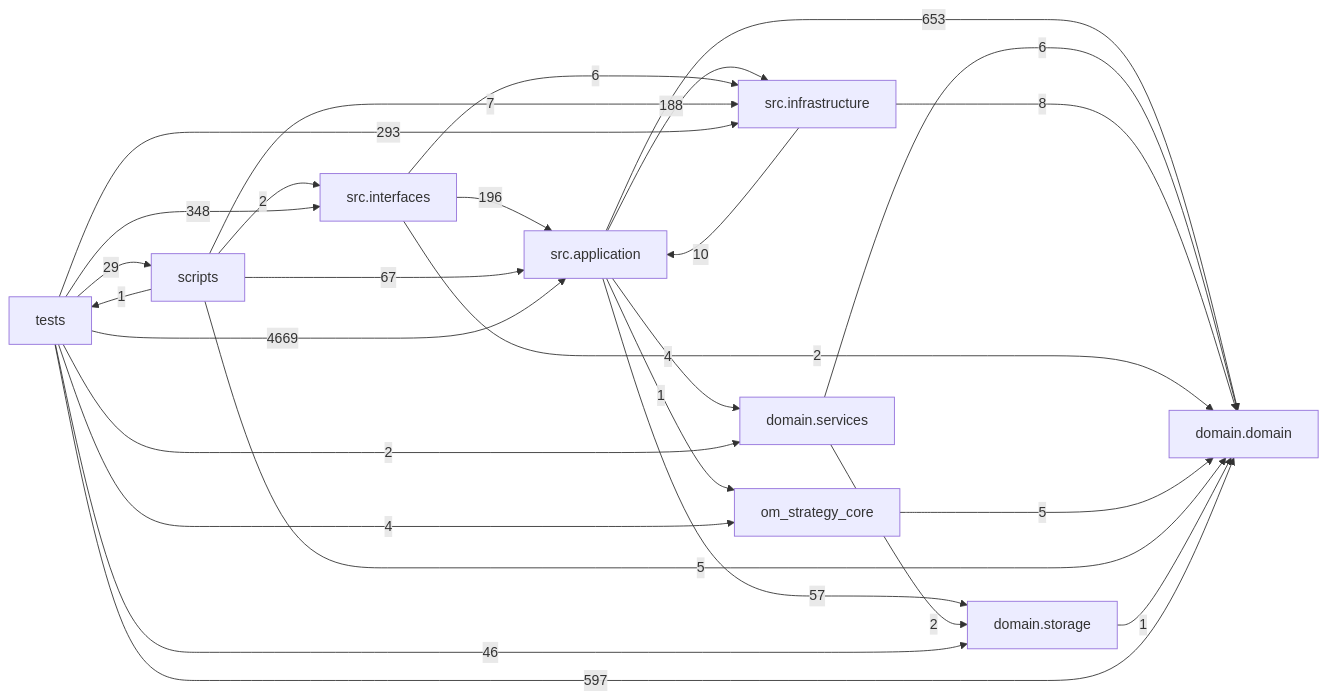
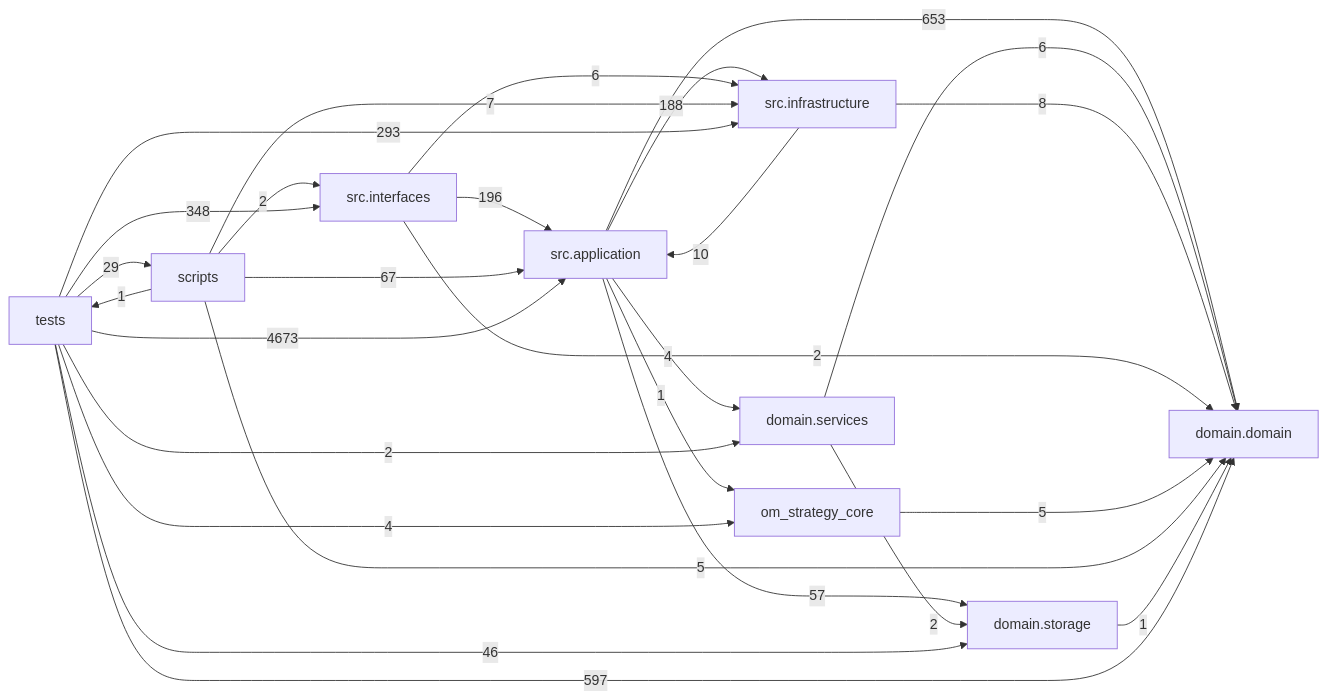
The diagram in docs/DEPENDENCY_GRAPH.md (liuxie066/options-monitor), drawn with Mermaid before and after one commit. The commit also changed other lines of this file and 7 other files, not shown here.

````diff
--- a/docs/DEPENDENCY_GRAPH.md
+++ b/docs/DEPENDENCY_GRAPH.md
@@ -24,38 +24,38 @@
 ```mermaid
 flowchart LR
   tests["tests"]
   scripts["scripts"]
   interfaces["src.interfaces"]
   application["src.application"]
   infrastructure["src.infrastructure"]
   domain_services["domain.services"]
   domain["domain.domain"]
   storage["domain.storage"]
   application -->|653| domain
   application -->|4| domain_services
   application -->|188| infrastructure
   application -->|1| om_strategy_core
   application -->|57| storage
   domain_services -->|6| domain
   domain_services -->|2| storage
   infrastructure -->|10| application
   infrastructure -->|8| domain
   interfaces -->|196| application
   interfaces -->|2| domain
   interfaces -->|6| infrastructure
   om_strategy_core -->|5| domain
   scripts -->|67| application
   scripts -->|5| domain
   scripts -->|7| infrastructure
   scripts -->|2| interfaces
   scripts -->|1| tests
   storage -->|1| domain
-  tests -->|4669| application
+  tests -->|4673| application
   tests -->|597| domain
   tests -->|2| domain_services
   tests -->|293| infrastructure
   tests -->|348| interfaces
   tests -->|4| om_strategy_core
   tests -->|29| scripts
   tests -->|46| storage
 ```
````
